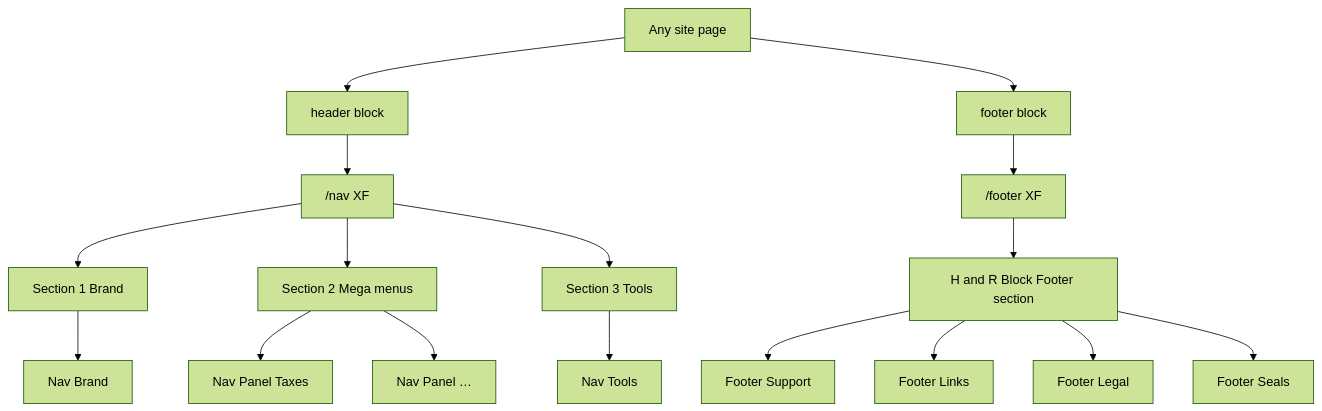
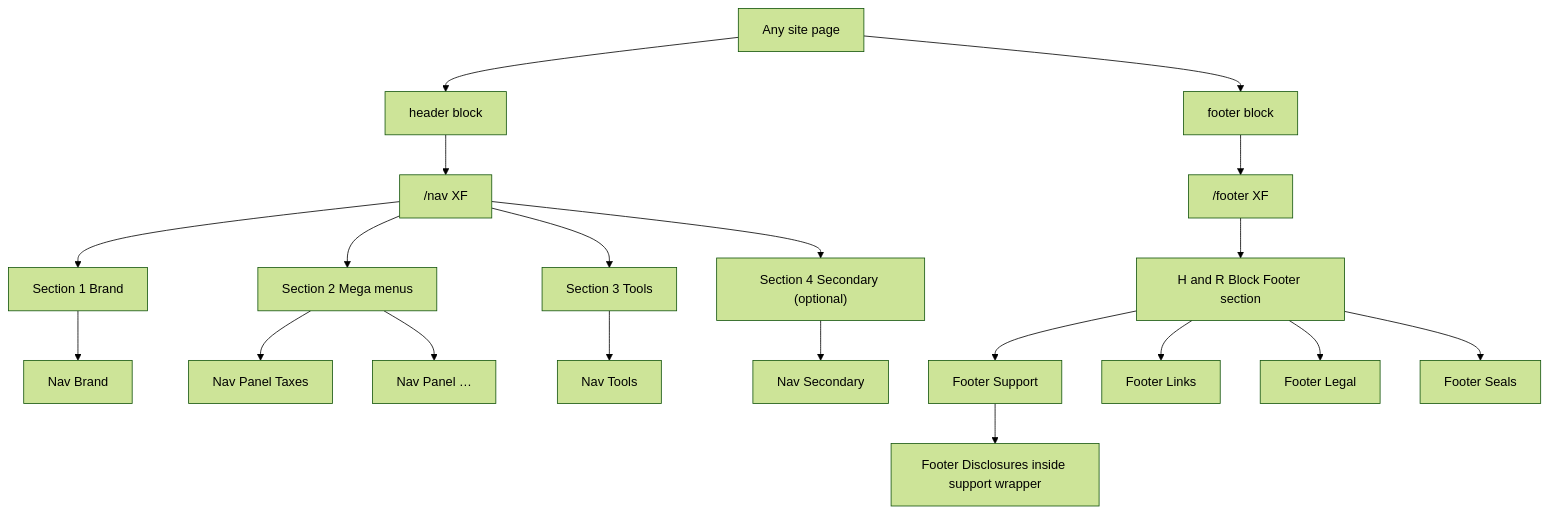
Before and after one commit to SudheeshHRB/HRB-Eds-Migration: the diagram in docs/nav-footer-universal-editor.md, drawn with Mermaid (forest theme). The commit also changed other lines of this file and 25 other files, not shown here.

````diff
--- a/docs/nav-footer-universal-editor.md
+++ b/docs/nav-footer-universal-editor.md
@@ -20,23 +20,26 @@
 ```mermaid
 flowchart TD
   page["Any site page"] --> hdr["header block"]
   page --> ftr["footer block"]
 
   hdr --> navXf["/nav XF"]
   ftr --> footerXf["/footer XF"]
 
   navXf --> sBrand["Section 1 Brand"]
   navXf --> sMega["Section 2 Mega menus"]
   navXf --> sTools["Section 3 Tools"]
+  navXf --> sSub["Section 4 Secondary (optional)"]
 
   sBrand --> brand["Nav Brand"]
   sMega --> panel1["Nav Panel Taxes"]
   sMega --> panelN["Nav Panel …"]
   sTools --> tools["Nav Tools"]
+  sSub --> subnav["Nav Secondary"]
 
   footerXf --> footSec["H and R Block Footer section"]
   footSec --> support["Footer Support"]
+  support --> disclosures["Footer Disclosures inside support wrapper"]
   footSec --> links["Footer Links"]
   footSec --> legal["Footer Legal"]
   footSec --> seals["Footer Seals"]
 ```
````
